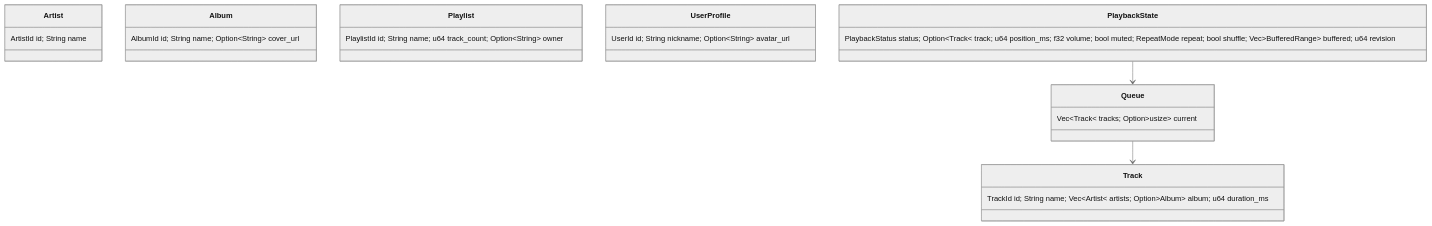
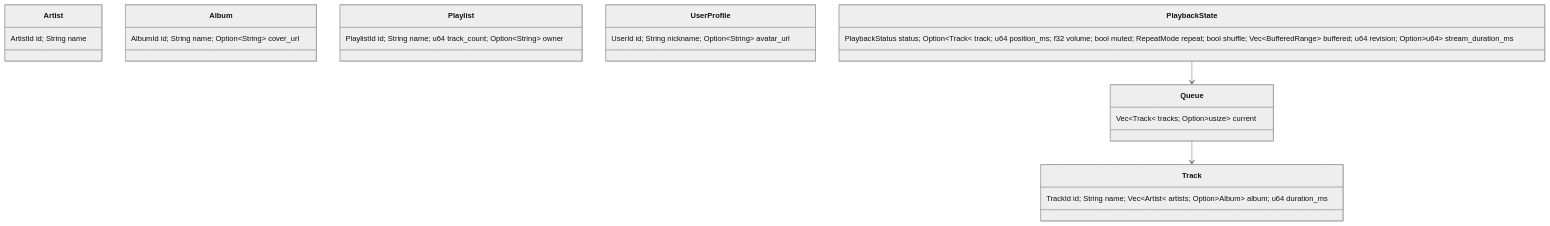
Before and after one commit to benmooo/lekima: the third of 6 diagrams in docs/system-design.md, drawn with Mermaid (neutral theme). The commit also changed other lines of this file and 14 other files, not shown here.

````diff
--- a/docs/system-design.md
+++ b/docs/system-design.md
@@ -104,12 +104,12 @@
 ```mermaid
 classDiagram
   class Track { TrackId id; String name; Vec~Artist~ artists; Option~Album~ album; u64 duration_ms }
   class Artist { ArtistId id; String name }
   class Album { AlbumId id; String name; Option~String~ cover_url }
   class Playlist { PlaylistId id; String name; u64 track_count; Option~String~ owner }
   class UserProfile { UserId id; String nickname; Option~String~ avatar_url }
   class Queue { Vec~Track~ tracks; Option~usize~ current }
-  class PlaybackState { PlaybackStatus status; Option~Track~ track; u64 position_ms; f32 volume; bool muted; RepeatMode repeat; bool shuffle; Vec~BufferedRange~ buffered; u64 revision }
+  class PlaybackState { PlaybackStatus status; Option~Track~ track; u64 position_ms; f32 volume; bool muted; RepeatMode repeat; bool shuffle; Vec~BufferedRange~ buffered; u64 revision; Option~u64~ stream_duration_ms }
   Queue --> Track
   PlaybackState --> Queue
 ```
````
